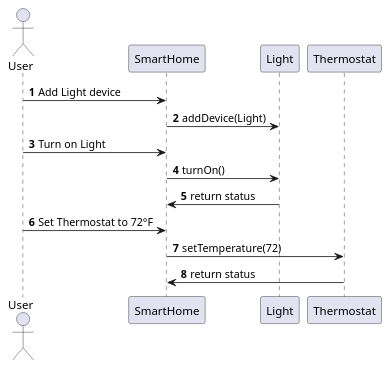
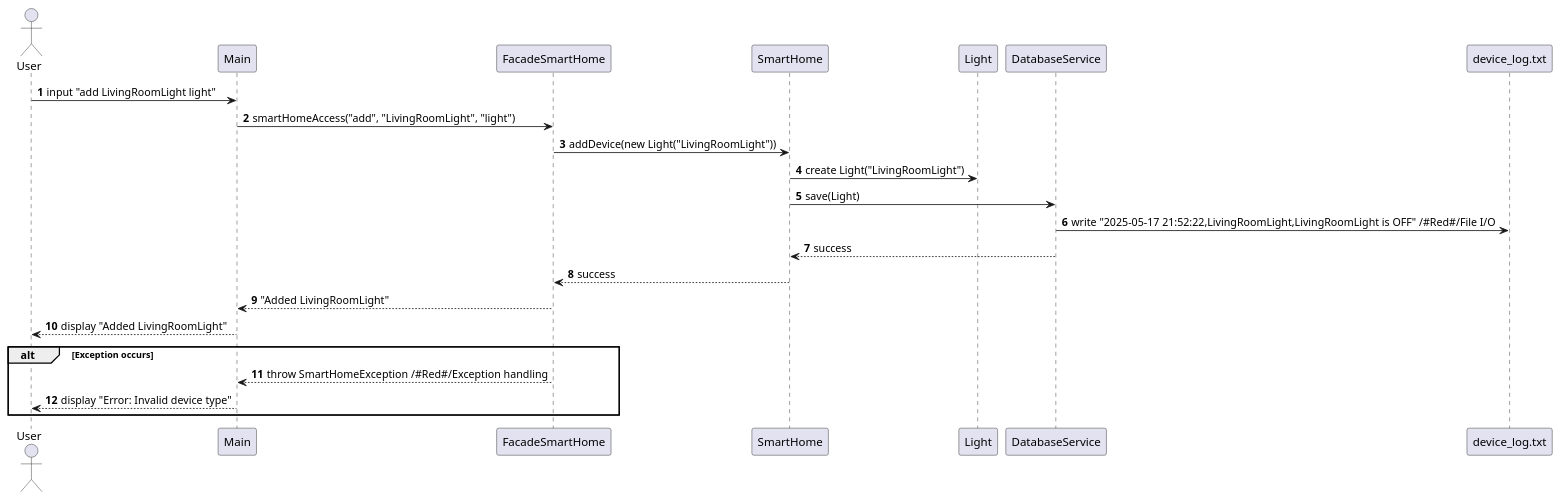
Before and after one commit to Fatimah1403/SmartHomeSystemSimulation: the second of 2 diagrams in shss.puml, drawn with PlantUML. The commit also changed other lines of this file and 2 other files, not shown here.

Commit message:
Updated the DatabaseService and the README

```diff
--- a/shss.puml
+++ b/shss.puml
@@ -77,18 +109,27 @@
 @startuml
-' --- Sequence Diagram ---
+' --- Sequence Diagram for "add LivingRoomLight light" ---
+
 autonumber
 actor User
+participant "Main" as M
+participant "FacadeSmartHome" as F
 participant "SmartHome" as SH
 participant "Light" as L
-participant "Thermostat" as T
+participant "DatabaseService" as DB
 
-User -> SH : Add Light device
-SH -> L : addDevice(Light)
-User -> SH : Turn on Light
-SH -> L : turnOn()
-L -> SH : return status
+User -> M: input "add LivingRoomLight light"
+M -> F: smartHomeAccess("add", "LivingRoomLight", "light")
+F -> SH: addDevice(new Light("LivingRoomLight"))
+SH -> L: create Light("LivingRoomLight")
+SH -> DB: save(Light)
+DB -> device_log.txt: write "2025-05-17 21:52:22,LivingRoomLight,LivingRoomLight is OFF" /#Red#/File I/O
+DB --> SH: success
+SH --> F: success
+F --> M: "Added LivingRoomLight"
+M --> User: display "Added LivingRoomLight"
+alt Exception occurs
+    F --> M: throw SmartHomeException /#Red#/Exception handling
+    M --> User: display "Error: Invalid device type"
+end
 
-User -> SH : Set Thermostat to 72°F
-SH -> T : setTemperature(72)
-T -> SH : return status
 @enduml
```
